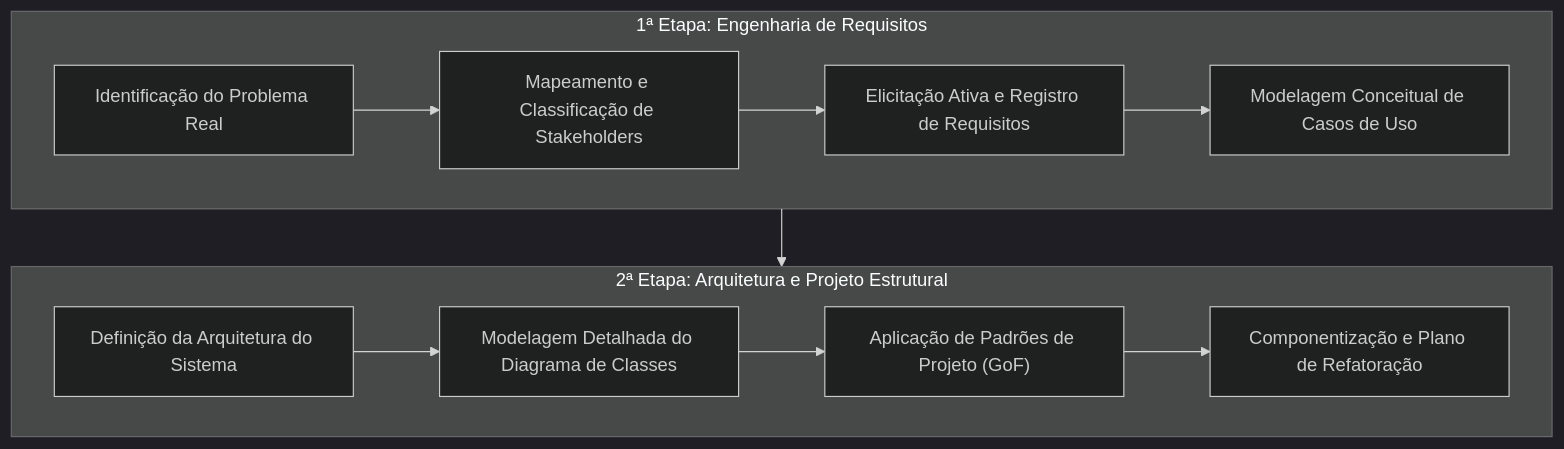
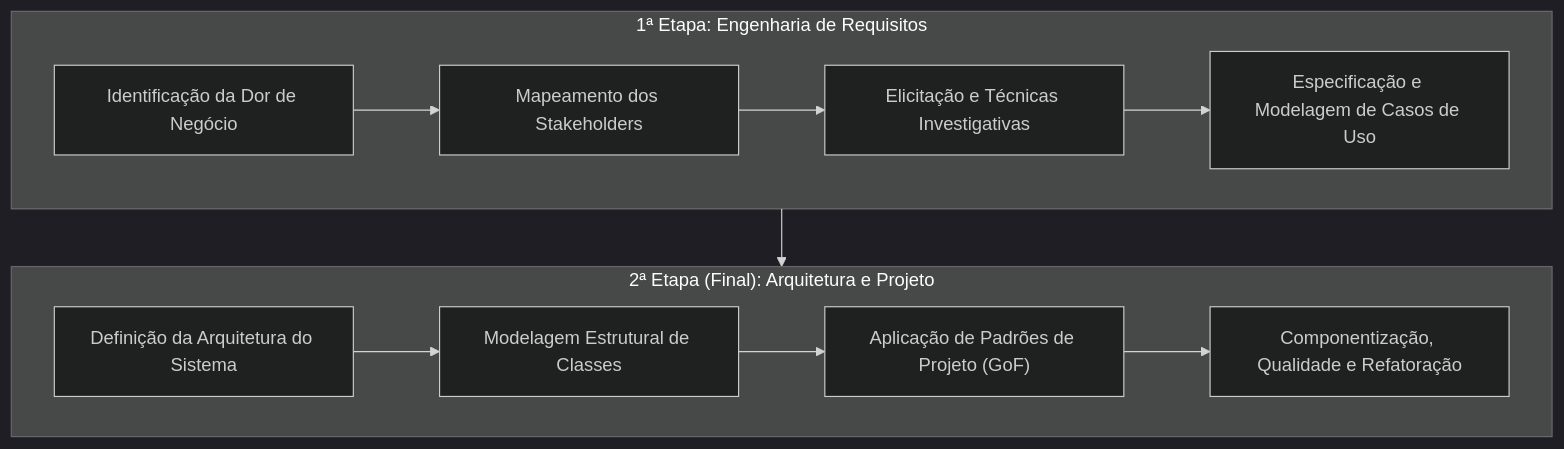
The first of 32 diagrams in 4º Semestre/[Prof. Wesley Soares] Engenharia de Software II/Resumos-IA/Caderno-Consolidado.md (murilolol/unifef), drawn with Mermaid (dark theme) before and after one commit. The commit also changed other lines of this file and 10 other files, not shown here.

````diff
--- a/4º Semestre/[Prof. Wesley Soares] Engenharia de Software II/Resumos-IA/Caderno-Consolidado.md
+++ b/4º Semestre/[Prof. Wesley Soares] Engenharia de Software II/Resumos-IA/Caderno-Consolidado.md
@@ -106,16 +103,16 @@
 ```mermaid
 flowchart TD
-    subgraph Fase1["1ª Etapa: Engenharia de Requisitos"]
-        E1["Identificação do Problema Real"] --> E2["Mapeamento e Classificação de Stakeholders"]
-        E2 --> E3["Elicitação Ativa e Registro de Requisitos"]
-        E3 --> E4["Modelagem Conceitual de Casos de Uso"]
-    end
+  subgraph Fase1["1ª Etapa: Engenharia de Requisitos"]
+    E1["Identificação da Dor de Negócio"] --> E2["Mapeamento dos Stakeholders"]
+    E2 --> E3["Elicitação e Técnicas Investigativas"]
+    E3 --> E4["Especificação e Modelagem de Casos de Uso"]
+  end
 
-    subgraph Fase2["2ª Etapa: Arquitetura e Projeto Estrutural"]
-        A1["Definição da Arquitetura do Sistema"] --> A2["Modelagem Detalhada do Diagrama de Classes"]
-        A2 --> A3["Aplicação de Padrões de Projeto (GoF)"]
-        A3 --> A4["Componentização e Plano de Refatoração"]
-    end
+  subgraph Fase2["2ª Etapa (Final): Arquitetura e Projeto"]
+    A1["Definição da Arquitetura do Sistema"] --> A2["Modelagem Estrutural de Classes"]
+    A2 --> A3["Aplicação de Padrões de Projeto (GoF)"]
+    A3 --> A4["Componentização, Qualidade e Refatoração"]
+  end
 
-    Fase1 --> Fase2
+  Fase1 --> Fase2
 ```
````
